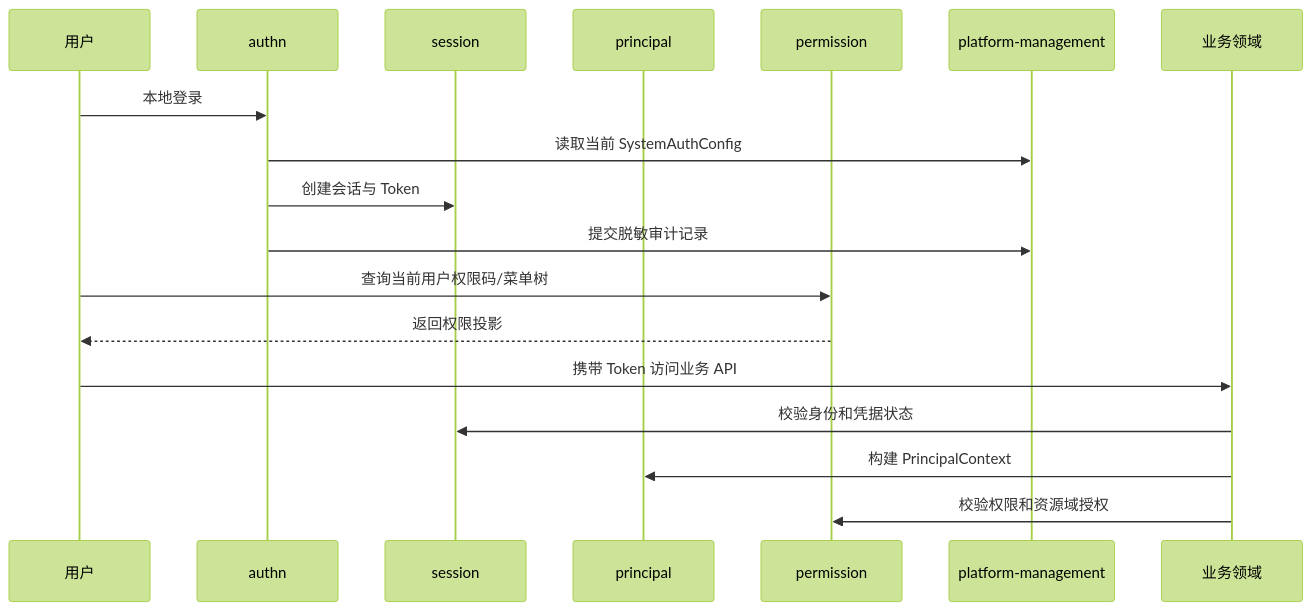
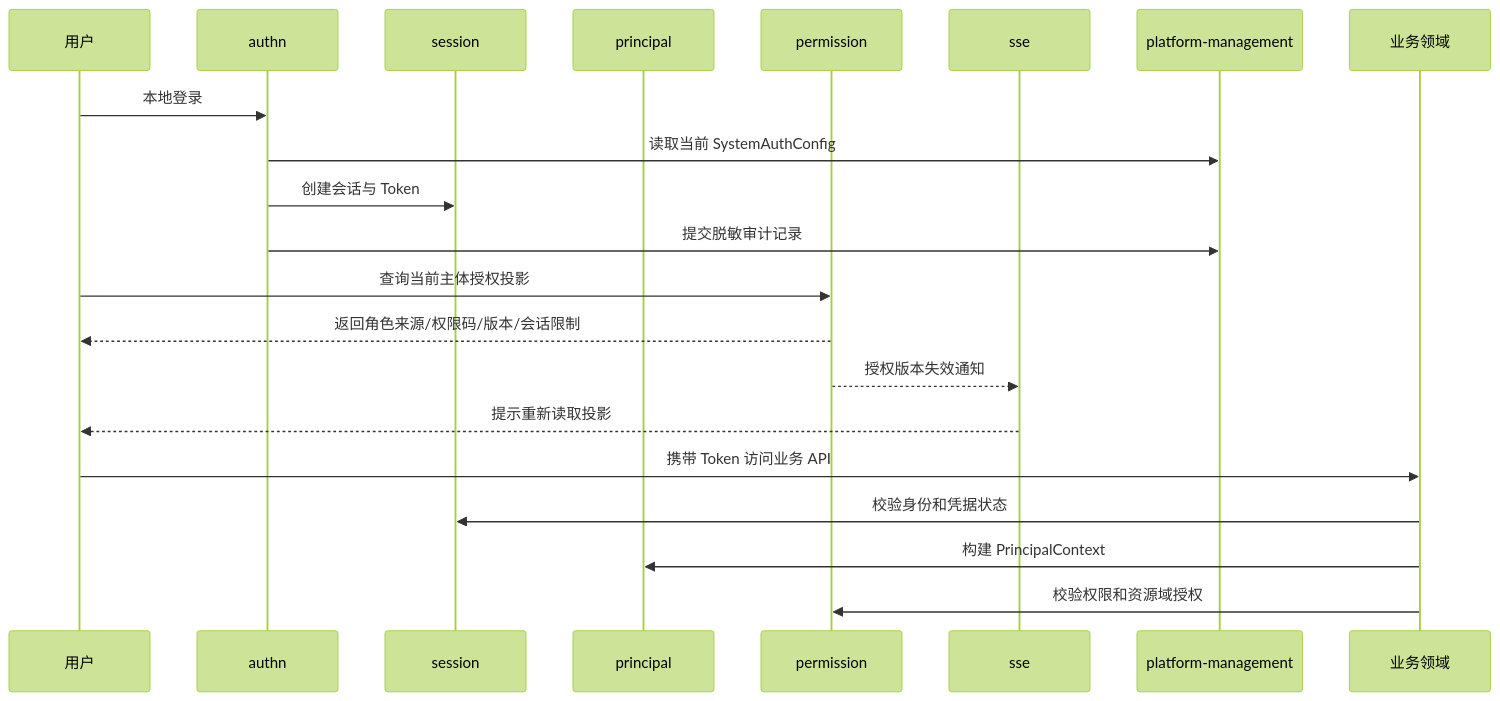
The diagram in 02_architecture/domains/identity.md (wangweihong/omnimam-spec), drawn with Mermaid (forest theme) before and after one commit. The commit also changed other lines of this file and 12 other files, not shown here.

````diff
--- a/02_architecture/domains/identity.md
+++ b/02_architecture/domains/identity.md
@@ -34,21 +38,24 @@
 ```mermaid
 sequenceDiagram
   participant User as 用户
   participant Auth as authn
   participant Session as session
   participant Principal as principal
   participant Perm as permission
+  participant SSE as sse
   participant Platform as platform-management
   participant Domain as 业务领域
 
   User->>Auth: 本地登录
   Auth->>Platform: 读取当前 SystemAuthConfig
   Auth->>Session: 创建会话与 Token
   Auth->>Platform: 提交脱敏审计记录
-  User->>Perm: 查询当前用户权限码/菜单树
-  Perm-->>User: 返回权限投影
+  User->>Perm: 查询当前主体授权投影
+  Perm-->>User: 返回角色来源/权限码/版本/会话限制
+  Perm-->>SSE: 授权版本失效通知
+  SSE-->>User: 提示重新读取投影
   User->>Domain: 携带 Token 访问业务 API
   Domain->>Session: 校验身份和凭据状态
   Domain->>Principal: 构建 PrincipalContext
   Domain->>Perm: 校验权限和资源域授权
 ```
````
